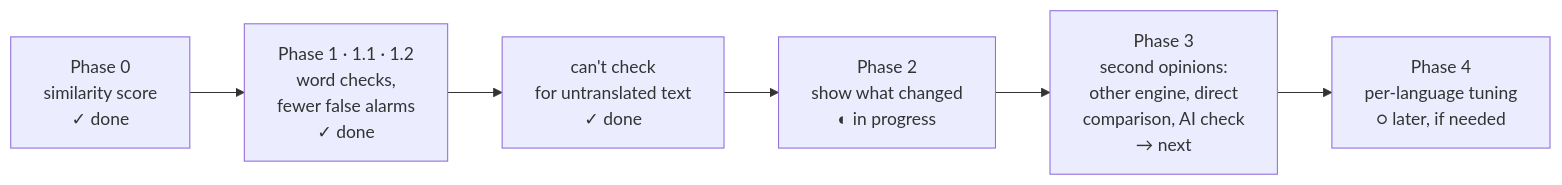
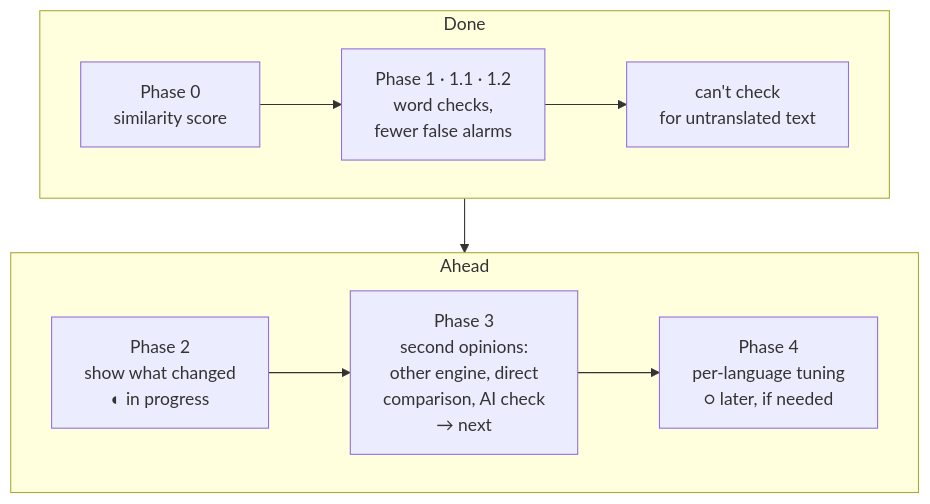
One commit to chrisqtruong/vox2 changed the third of 5 diagrams in docs/meaning-check-tests/README.md. Above: the diagram before and after it, drawn with Mermaid.

Commit message:
Docs: phases diagram in two rows

````diff
--- a/docs/meaning-check-tests/README.md
+++ b/docs/meaning-check-tests/README.md
@@ -81,8 +81,12 @@
 ```mermaid
-flowchart LR
-    P0[Phase 0<br/>similarity score<br/>✓ done] --> P1[Phase 1 · 1.1 · 1.2<br/>word checks,<br/>fewer false alarms<br/>✓ done]
-    P1 --> U[can't check<br/>for untranslated text<br/>✓ done]
-    U --> P2[Phase 2<br/>show what changed<br/>◐ in progress]
-    P2 --> P3[Phase 3<br/>second opinions:<br/>other engine, direct<br/>comparison, AI check<br/>→ next]
-    P3 --> P4[Phase 4<br/>per-language tuning<br/>○ later, if needed]
+flowchart TB
+    subgraph Done[Done]
+        direction LR
+        P0[Phase 0<br/>similarity score] --> P1[Phase 1 · 1.1 · 1.2<br/>word checks,<br/>fewer false alarms] --> U[can't check<br/>for untranslated text]
+    end
+    subgraph Ahead[Ahead]
+        direction LR
+        P2[Phase 2<br/>show what changed<br/>◐ in progress] --> P3[Phase 3<br/>second opinions:<br/>other engine, direct<br/>comparison, AI check<br/>→ next] --> P4[Phase 4<br/>per-language tuning<br/>○ later, if needed]
+    end
+    Done --> Ahead
 ```
````
